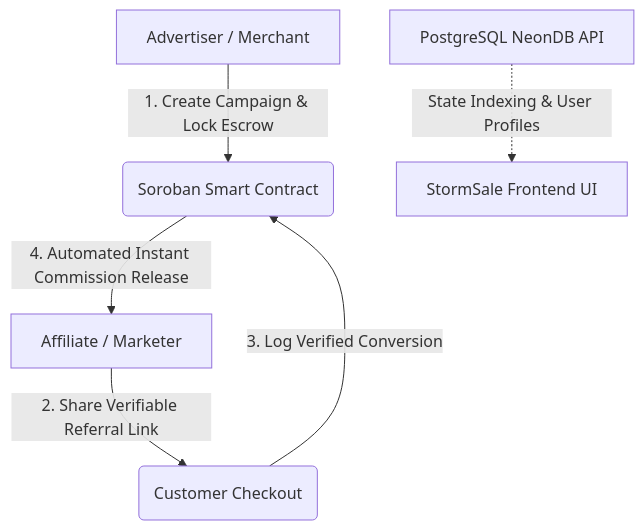
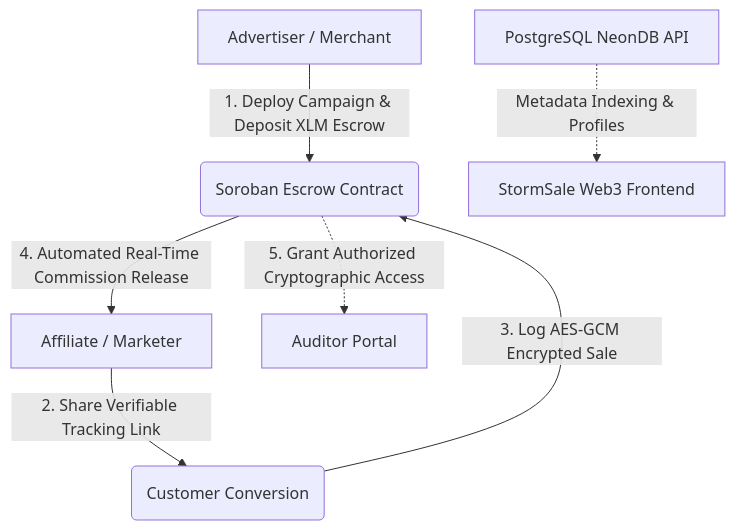
Before and after one commit to StormSale/StormSale: the diagram in README.md, drawn with Mermaid. The commit also changed other lines of this file and 3 other files, not shown here.

Commit message:
feat(auditor): redesign verify access console and modernize README

````diff
--- a/README.md
+++ b/README.md
@@ -25,8 +26,9 @@
 ```mermaid
 graph TD
-    A[Advertiser / Merchant] -->|1. Create Campaign & Lock Escrow| B(Soroban Smart Contract)
-    C[Affiliate / Marketer] -->|2. Share Verifiable Referral Link| D(Customer Checkout)
-    D -->|3. Log Verified Conversion| B
-    B -->|4. Automated Instant Commission Release| C
-    E[PostgreSQL NeonDB API] -.->|State Indexing & User Profiles| F[StormSale Frontend UI]
+    A[Advertiser / Merchant] -->|1. Deploy Campaign & Deposit XLM Escrow| B(Soroban Escrow Contract)
+    C[Affiliate / Marketer] -->|2. Share Verifiable Tracking Link| D(Customer Conversion)
+    D -->|3. Log AES-GCM Encrypted Sale| B
+    B -->|4. Automated Real-Time Commission Release| C
+    B -.->|5. Grant Authorized Cryptographic Access| E[Auditor Portal]
+    F[PostgreSQL NeonDB API] -.->|Metadata Indexing & Profiles| G[StormSale Web3 Frontend]
 ```
````
